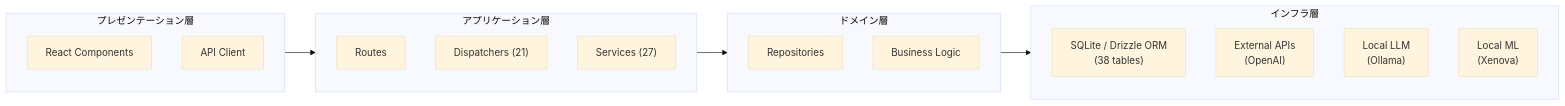
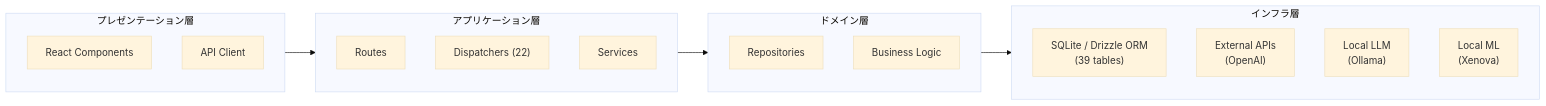
One commit to tamai-hideyuki/brain-cabinet changed the fifth of 5 diagrams in docs/network-diagram.md. Above: the diagram before and after it, drawn with Mermaid (base theme). The commit also changed other lines of this file and 7 other files, not shown here.

````diff
--- a/docs/network-diagram.md
+++ b/docs/network-diagram.md
@@ -277,33 +278,33 @@
 ```mermaid
 flowchart LR
     subgraph Presentation["プレゼンテーション層"]
         direction TB
         P1["React Components"]
         P2["API Client"]
     end
 
     subgraph Application["アプリケーション層"]
         direction TB
         A1["Routes"]
-        A2["Dispatchers (21)"]
-        A3["Services (27)"]
+        A2["Dispatchers (22)"]
+        A3["Services"]
     end
 
     subgraph Domain["ドメイン層"]
         direction TB
         D1["Repositories"]
         D2["Business Logic"]
     end
 
     subgraph Infrastructure["インフラ層"]
         direction TB
-        I1["SQLite / Drizzle ORM<br/>(38 tables)"]
+        I1["SQLite / Drizzle ORM<br/>(39 tables)"]
         I2["External APIs<br/>(OpenAI)"]
         I3["Local LLM<br/>(Ollama)"]
         I4["Local ML<br/>(Xenova)"]
     end
 
     Presentation --> Application
     Application --> Domain
     Domain --> Infrastructure
 ```
````
